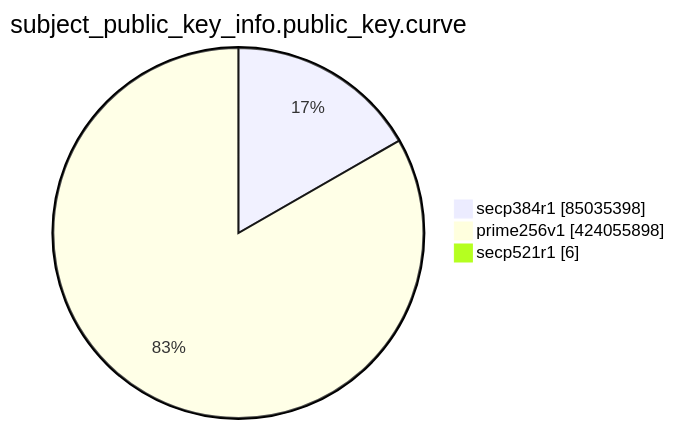
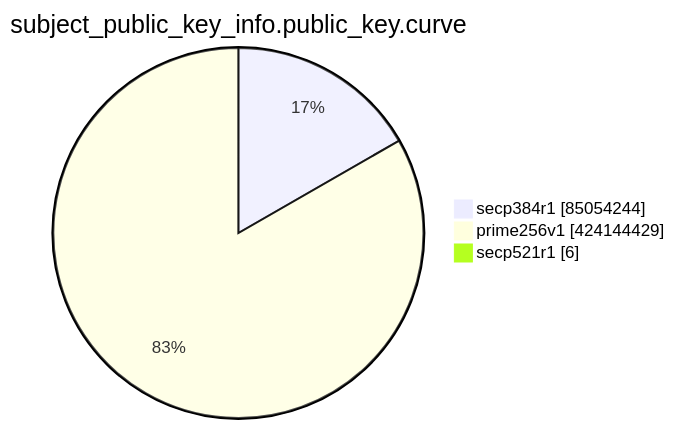
Before and after one commit to christiankrug/ctmonitor_visualization: the eighth of 15 diagrams in TOTAL/README.md, drawn with Mermaid. The commit also changed other lines of this file, not shown here.

````diff
--- a/TOTAL/README.md
+++ b/TOTAL/README.md
@@ -3100,7 +3100,7 @@
 ```mermaid
 pie showData
 title subject_public_key_info.public_key.curve
-"secp384r1" :85035398
-"prime256v1" :424055898
+"secp384r1" :85054244
+"prime256v1" :424144429
 "secp521r1" :6
 ```
````
